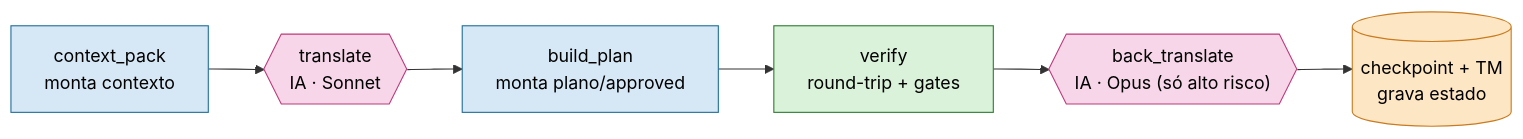
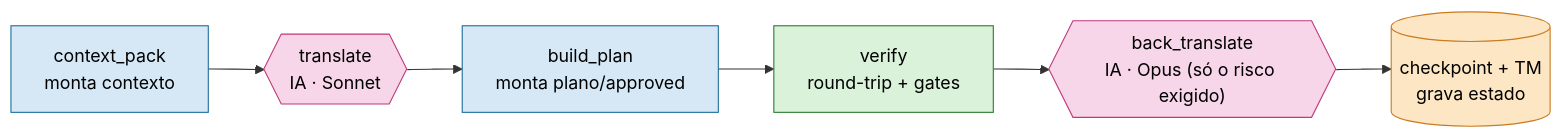
The second of 5 diagrams in README.md (scudellerlemos/translation-cognition-framework), drawn with Mermaid before and after one commit. The commit also changed other lines of this file and 28 other files, not shown here.

````diff
--- a/README.md
+++ b/README.md
@@ -95,12 +95,12 @@
 ```mermaid
 flowchart LR
   pack["context_pack<br/>monta contexto"]:::exe --> tr{{"translate<br/>IA · Sonnet"}}:::cog
   tr --> plan["build_plan<br/>monta plano/approved"]:::exe
   plan --> vf["verify<br/>round-trip + gates"]:::val
-  vf --> bt{{"back_translate<br/>IA · Opus (só alto risco)"}}:::cog
+  vf --> bt{{"back_translate<br/>IA · Opus (só o risco exigido)"}}:::cog
   bt --> cp[("checkpoint + TM<br/>grava estado")]:::sta
   classDef cog fill:#f6d6e8,stroke:#c0397b,color:#000;
   classDef sta fill:#fde6c4,stroke:#c97b1f,color:#000;
   classDef exe fill:#d6e8f6,stroke:#1f6f9b,color:#000;
   classDef val fill:#d9f2d9,stroke:#2e7d32,color:#000;
 ```
````
